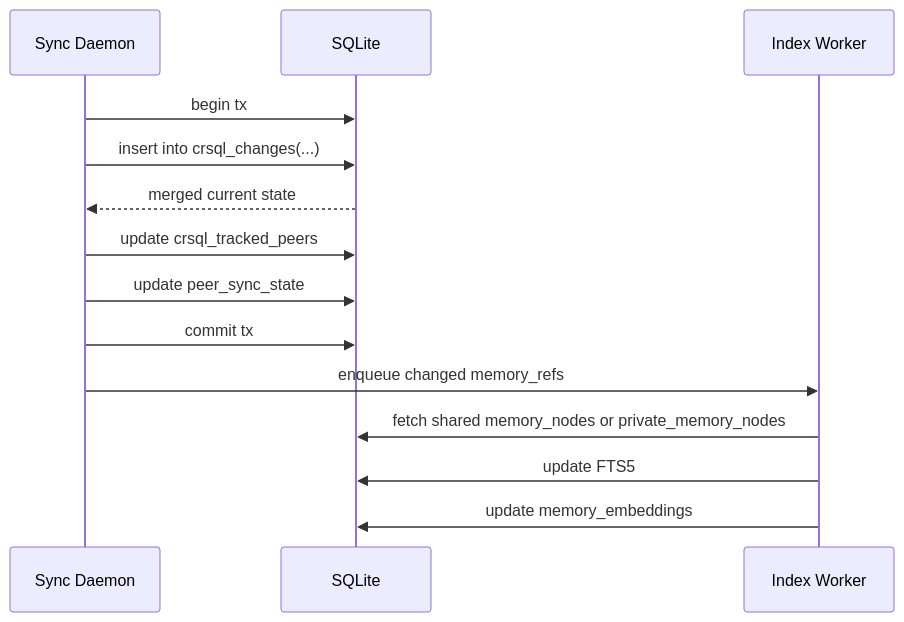
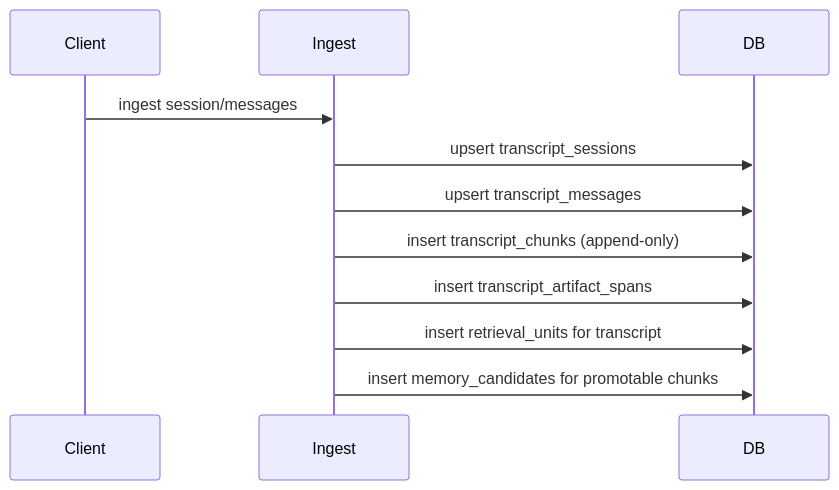
The first of 6 diagrams in docs/architecture/workflows.md (Taku315o/crdt-agent-memory), drawn with Mermaid before and after one commit. The commit also changed other lines of this file and 13 other files, not shown here.

````diff
--- a/docs/architecture/workflows.md
+++ b/docs/architecture/workflows.md
@@ -151,17 +8,14 @@
 ```mermaid
 sequenceDiagram
-    participant Sync as Sync Daemon
-    participant DB as SQLite
-    participant IDX as Index Worker
+    participant Client
+    participant Ingest
+    participant DB
 
-    Sync->>DB: begin tx
-    Sync->>DB: insert into crsql_changes(...)
-    DB-->>Sync: merged current state
-    Sync->>DB: update crsql_tracked_peers
-    Sync->>DB: update peer_sync_state
-    Sync->>DB: commit tx
-    Sync->>IDX: enqueue changed memory_refs
-    IDX->>DB: fetch shared memory_nodes or private_memory_nodes
-    IDX->>DB: update FTS5
-    IDX->>DB: update memory_embeddings
+    Client->>Ingest: ingest session/messages
+    Ingest->>DB: upsert transcript_sessions
+    Ingest->>DB: upsert transcript_messages
+    Ingest->>DB: insert transcript_chunks (append-only)
+    Ingest->>DB: insert transcript_artifact_spans
+    Ingest->>DB: insert retrieval_units for transcript
+    Ingest->>DB: insert memory_candidates for promotable chunks
 ```
````
